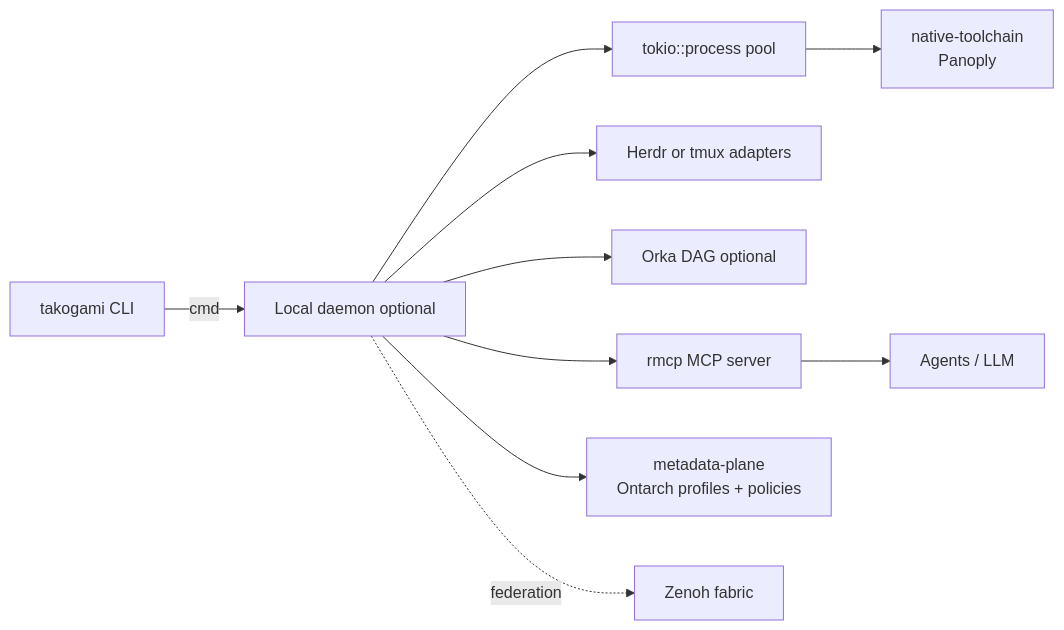
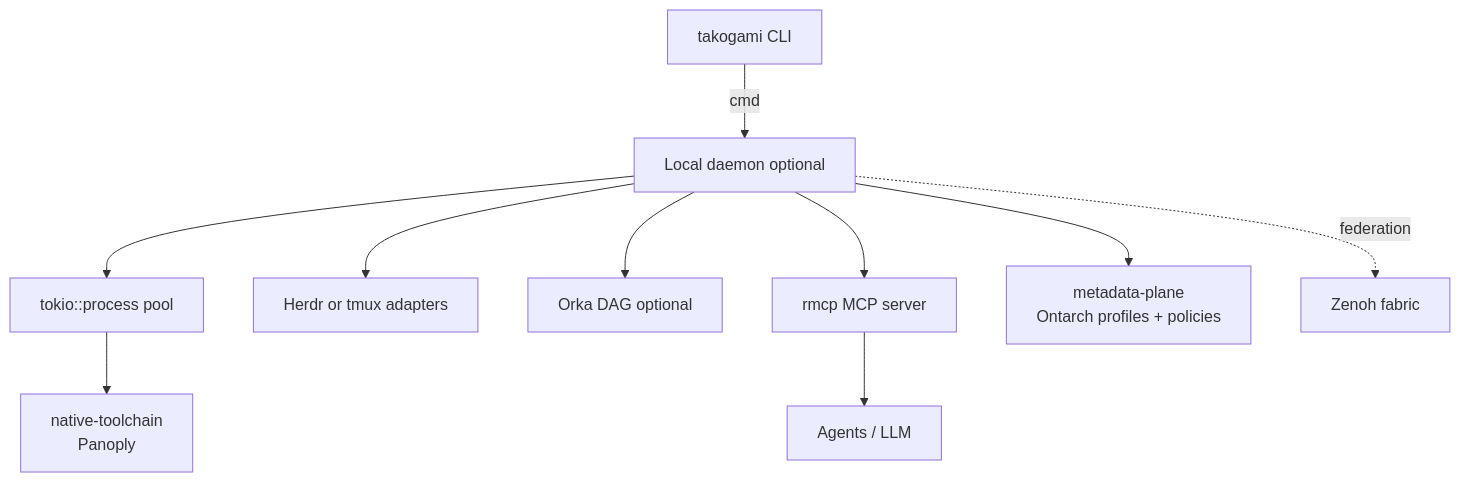
The first of 2 diagrams in docs/runtime-architecture.md (luckgrid/wfos), drawn with Mermaid before and after one commit. The commit also changed other lines of this file, not shown here.

Commit message:
docs: map Push gateway boundary in docs/runtime-architecture.md

````diff
--- a/docs/runtime-architecture.md
+++ b/docs/runtime-architecture.md
@@ -23,12 +23,12 @@
 ```mermaid
-flowchart LR
+flowchart TD
   CLI[takogami CLI] -->|cmd| D[Local daemon optional]
   D --> PR[tokio::process pool]
   PR --> NT["native-toolchain\nPanoply"]
   D --> TERM["Herdr or tmux adapters"]
   D --> ORK[Orka DAG optional]
   D --> MCP[rmcp MCP server]
   MCP --> LLM[Agents / LLM]
   D --> CX["metadata-plane\nOntarch profiles + policies"]
   D -. federation .-> ZEN[Zenoh fabric]
 ```
````
